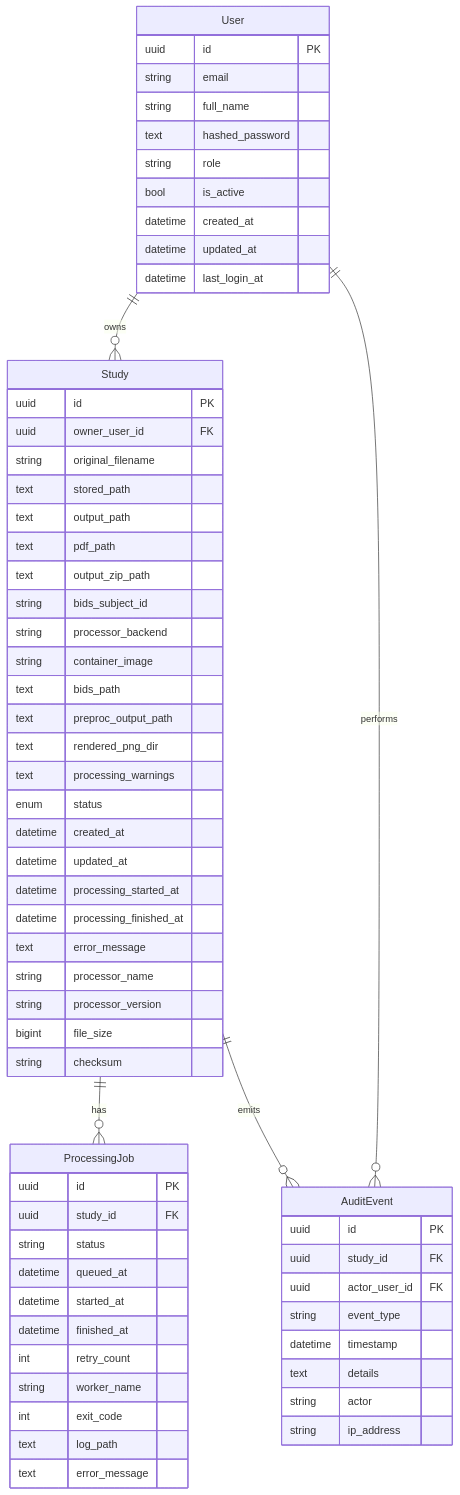
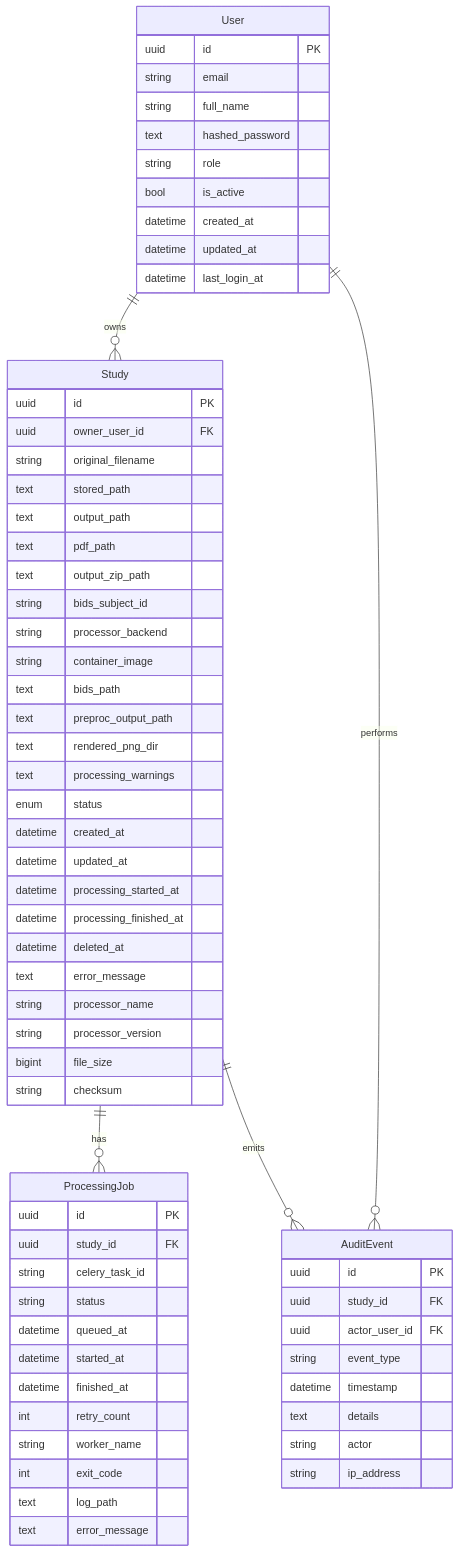
The second of 4 diagrams in docs/architecture.md (suhartx/neuroimagen-server-biocruces), drawn with Mermaid before and after one commit. The commit also changed other lines of this file and 20 other files, not shown here.

````diff
--- a/docs/architecture.md
+++ b/docs/architecture.md
@@ -61,67 +61,69 @@
 ```mermaid
 erDiagram
   User ||--o{ Study : owns
   User ||--o{ AuditEvent : performs
   Study ||--o{ ProcessingJob : has
   Study ||--o{ AuditEvent : emits
   User {
     uuid id PK
     string email
     string full_name
     text hashed_password
     string role
     bool is_active
     datetime created_at
     datetime updated_at
     datetime last_login_at
   }
   Study {
     uuid id PK
     uuid owner_user_id FK
     string original_filename
     text stored_path
     text output_path
     text pdf_path
     text output_zip_path
     string bids_subject_id
     string processor_backend
     string container_image
     text bids_path
     text preproc_output_path
     text rendered_png_dir
     text processing_warnings
     enum status
     datetime created_at
     datetime updated_at
     datetime processing_started_at
     datetime processing_finished_at
+    datetime deleted_at
     text error_message
     string processor_name
     string processor_version
     bigint file_size
     string checksum
   }
   ProcessingJob {
     uuid id PK
     uuid study_id FK
+    string celery_task_id
     string status
     datetime queued_at
     datetime started_at
     datetime finished_at
     int retry_count
     string worker_name
     int exit_code
     text log_path
     text error_message
   }
   AuditEvent {
     uuid id PK
     uuid study_id FK
     uuid actor_user_id FK
     string event_type
     datetime timestamp
     text details
     string actor
     string ip_address
   }
 ```
````
